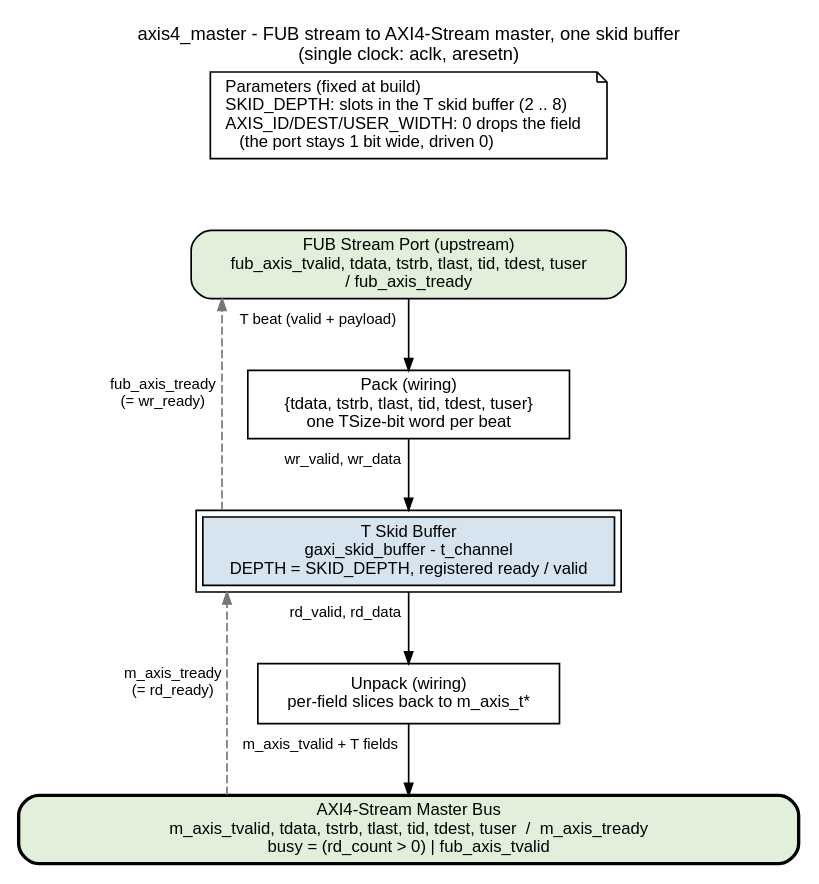
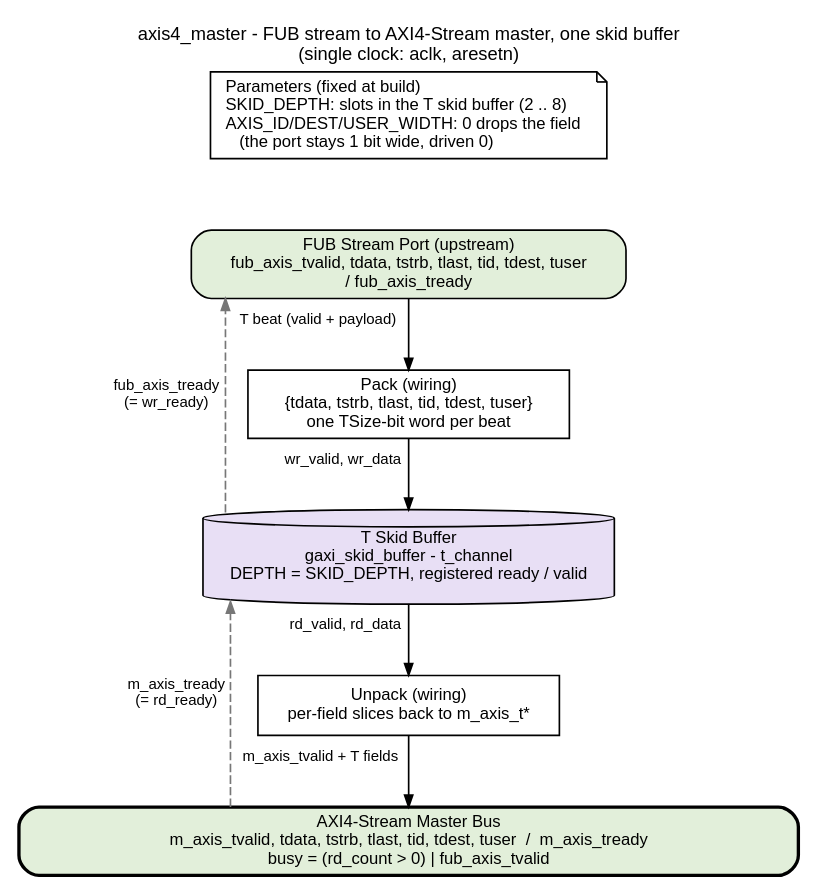
One commit to sean-galloway/RTLDesignSherpa changed the diagram in docs/markdown/assets/rtl-amba/graphviz/axis4_master.dot. Above: the diagram before and after it, drawn with Graphviz. The commit also changed 31 other files, not shown here.

First line of the commit message:
docs(handbook, amba): a FIFO or skid child instance is a Storage cylinder; 15 rtl-amba diagrams swept

```diff
--- a/docs/markdown/assets/rtl-amba/graphviz/axis4_master.dot
+++ b/docs/markdown/assets/rtl-amba/graphviz/axis4_master.dot
@@ -1,35 +1,35 @@
 // axis4_master block diagram - house style (vault/handbook/authoring/block-diagrams.md).
 // AXI4-Stream channel geometry: the upstream (FUB) side is the white port at
 // the top, the AXI4-Stream bus the white bar at the bottom. Transfers (valid
 // + payload) flow straight down the center through ONE gaxi_skid_buffer;
 // tready returns dashed up the right, one hop at a time.
 // Source of truth: rtl/amba/axis4/axis4_master.sv.
 digraph axis4_master {
     graph [rankdir=TB, bgcolor="white", fontname="Helvetica", fontsize=11,
            nodesep="0.35", ranksep="0.60", splines=ortho, newrank=true,
            label="axis4_master - FUB stream to AXI4-Stream master, one skid buffer\n(single clock: aclk, aresetn)",
            labelloc=t, labeljust=c];
     node  [fontname="Helvetica", fontsize=10, shape=box, style=filled,
            fillcolor="white", color="black", margin="0.12,0.06"];
     edge  [fontname="Helvetica", fontsize=9, color="black", arrowsize=0.7];
 
     prm  [label="Parameters (fixed at build)\lSKID_DEPTH: slots in the T skid buffer (2 .. 8)\lAXIS_ID/DEST/USER_WIDTH: 0 drops the field\l    (the port stays 1 bit wide, driven 0)\l", fillcolor="white", shape=note];
 
     fub  [label="FUB Stream Port (upstream)\nfub_axis_tvalid, tdata, tstrb, tlast, tid, tdest, tuser\n/ fub_axis_tready", fillcolor="white", style="rounded,filled", fillcolor="#E2EFDA"];
     pack [label="Pack (wiring)\n{tdata, tstrb, tlast, tid, tdest, tuser}\none TSize-bit word per beat", style="filled", fillcolor="white"];
-    skid [label="T Skid Buffer\ngaxi_skid_buffer - t_channel\nDEPTH = SKID_DEPTH, registered ready / valid", peripheries=2, style="filled", fillcolor="#D6E4F0"];
+    skid [label="T Skid Buffer\ngaxi_skid_buffer - t_channel\nDEPTH = SKID_DEPTH, registered ready / valid", shape=cylinder, style="filled", fillcolor="#E8DFF5"];
     unp  [label="Unpack (wiring)\nper-field slices back to m_axis_t*", style="filled", fillcolor="white"];
     bus  [label="AXI4-Stream Master Bus\nm_axis_tvalid, tdata, tstrb, tlast, tid, tdest, tuser  /  m_axis_tready\nbusy = (rd_count > 0) | fub_axis_tvalid",
           fillcolor="white", width=6.5, style="rounded,filled,bold", fillcolor="#E2EFDA"];
 
     fub  -> pack [xlabel="T beat (valid + payload)"];
     pack -> skid [xlabel="wr_valid, wr_data"];
     skid -> unp  [xlabel="rd_valid, rd_data"];
     unp  -> bus  [xlabel="m_axis_tvalid + T fields"];
 
     bus  -> skid [style=dashed, color="#777777", constraint=false, xlabel="m_axis_tready\n(= rd_ready)"];
     skid -> fub  [style=dashed, color="#777777", constraint=false, xlabel="fub_axis_tready\n(= wr_ready)"];
 
     { rank=min; prm; }
     prm -> fub [style=invis];
 }
```
